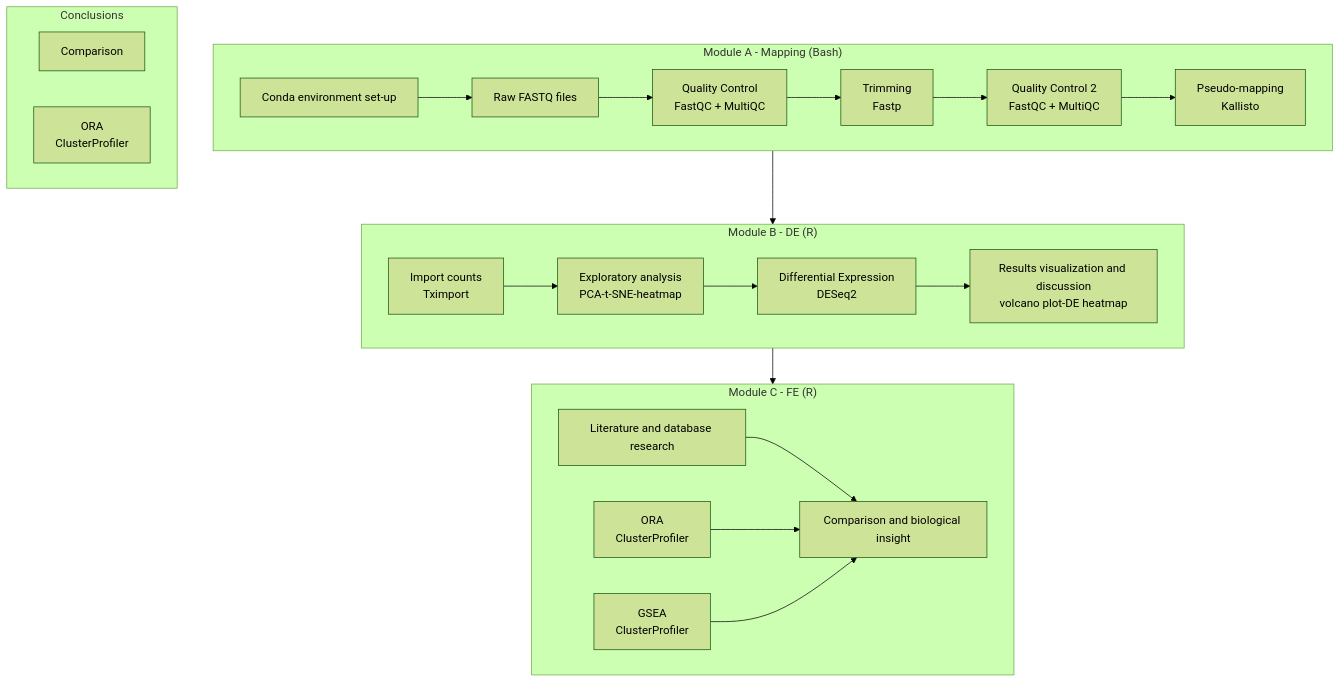
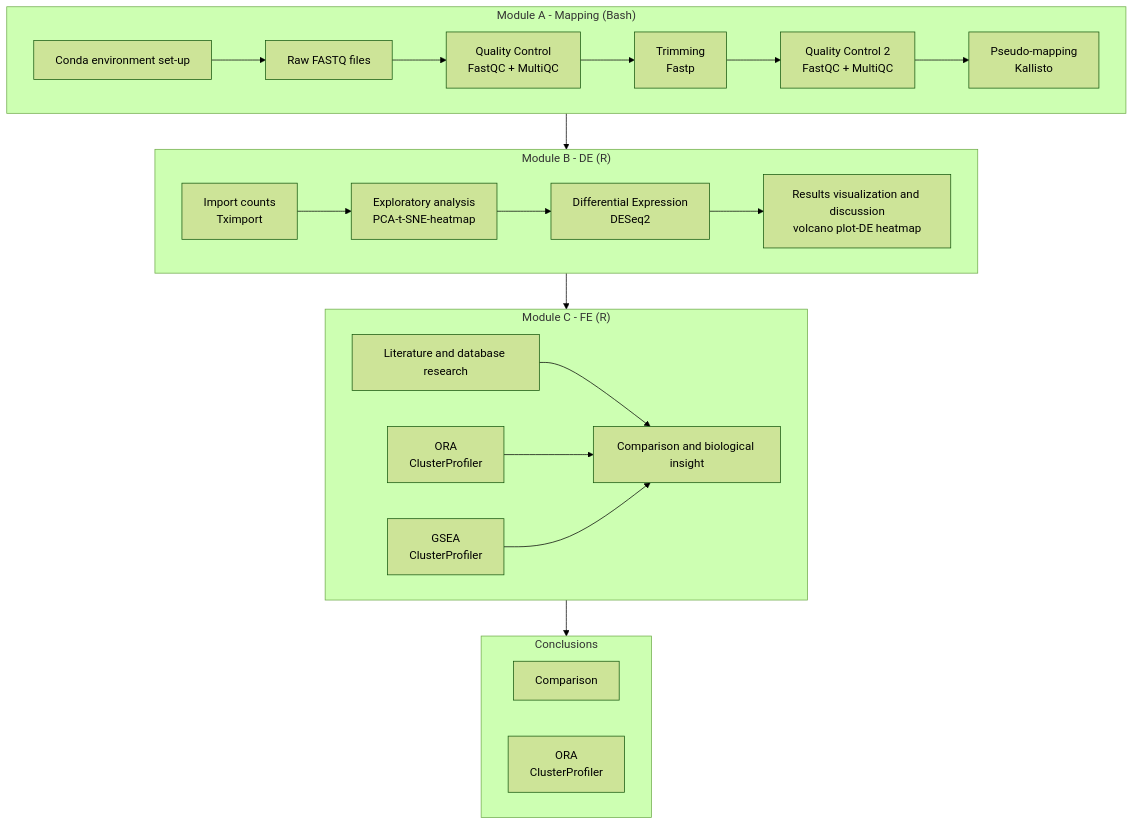
Before and after one commit to pierpaolo-cantisani/RNA-Seq-analysis: the diagram in README.md, drawn with Mermaid (forest theme).

Commit message:
README.md

````diff
--- a/README.md
+++ b/README.md
@@ -17,35 +17,36 @@
 ```mermaid
 flowchart TD
     subgraph A["Module A - Mapping (Bash)"]
         A1[Conda environment set-up] --> A2[Raw FASTQ files]
         A2 --> A3[Quality Control<br/>FastQC + MultiQC]
         A3 --> A4[Trimming<br/>Fastp]
         A4 --> A5[Quality Control 2<br/>FastQC + MultiQC]
         A5 --> A6[Pseudo-mapping<br/>Kallisto]
     end
 
     subgraph B["Module B - DE (R)"]
         B1[Import counts<br/>Tximport] --> B2[Exploratory analysis<br/>PCA-t-SNE-heatmap]
         B2 --> B3[Differential Expression<br/>DESeq2]
         B3 --> B4[Results visualization and discussion<br/>volcano plot-DE heatmap]
       
     end
 
     subgraph C["Module C - FE (R)"]
         C1[Literature and database research]
         C2[ORA<br/>ClusterProfiler]
         C3[GSEA<br/>ClusterProfiler]
         C4[Comparison and biological insight]
     end
 
     subgraph D["Conclusions"]
         D1[Comparison]
         D2[ORA<br/>ClusterProfiler]
         C3[GSEA<br/>ClusterProfiler]
     end
     A --> B
     B --> C
+    C --> D
     C1 --> C4
     C2 --> C4
     C3 --> C4
 ```
````
